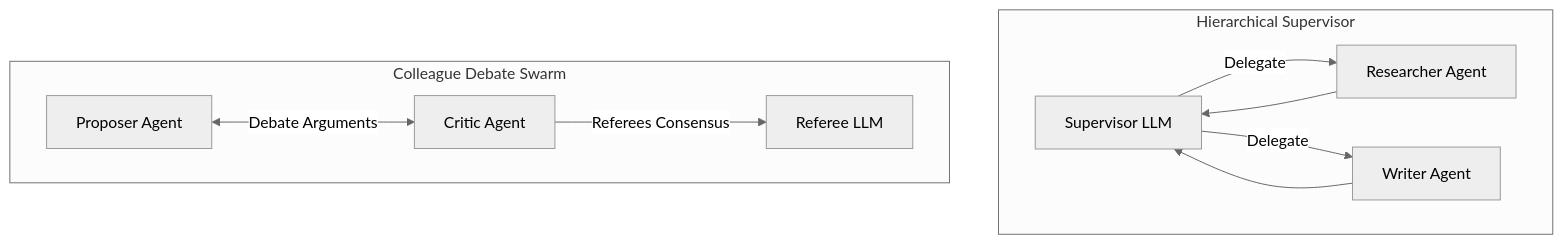
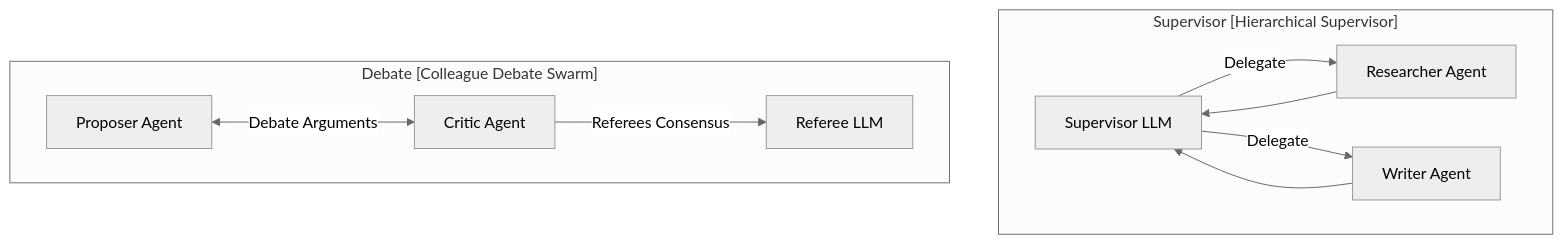
One commit to akmalkhaniub/akmalkhaniub.github.io changed the eighth of 8 diagrams in blog/posts/agentic-ai-architectures.md. Above: the diagram before and after it, drawn with Mermaid (neutral theme). The commit also changed other lines of this file and 600 other files, not shown here.

Commit message:
fix(blog): resolve Mermaid v10 syntax errors across Figure 1 and publication subgraphs

````diff
--- a/blog/posts/agentic-ai-architectures.md
+++ b/blog/posts/agentic-ai-architectures.md
@@ -163,14 +163,14 @@
 ```mermaid
 graph TD
-    subgraph Supervisor [Hierarchical Supervisor]
+    subgraph SG3_SupervisorHierarchicalSupervisor ["Supervisor [Hierarchical Supervisor]"]
         S[Supervisor LLM] -->|Delegate| Worker1[Researcher Agent]
         S -->|Delegate| Worker2[Writer Agent]
         Worker1 --> S
         Worker2 --> S
       end
       
-      subgraph Debate [Colleague Debate Swarm]
+      subgraph SG4_DebateColleagueDebate ["Debate [Colleague Debate Swarm]"]
         D1[Proposer Agent] <-->|Debate Arguments| D2[Critic Agent]
         D2 -->|Referees Consensus| Ref[Referee LLM]
       end
 ```
````
